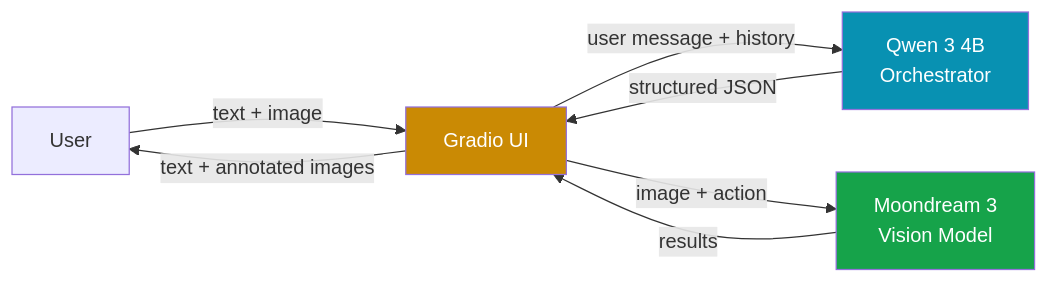
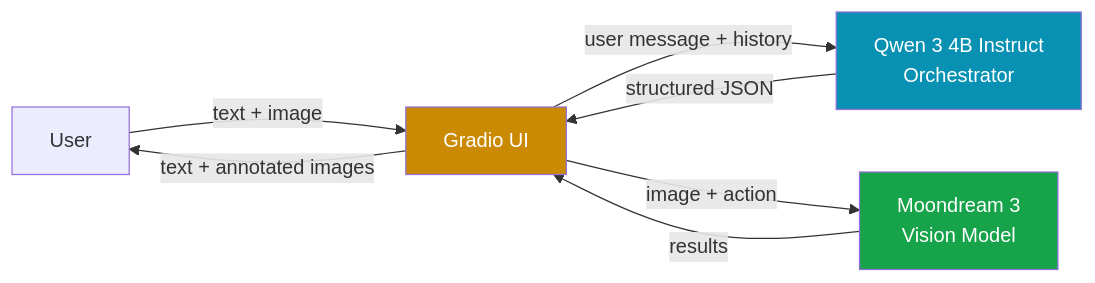
One commit to dattazigzag/better_moondream_demo changed the first of 4 diagrams in README.md. Above: the diagram before and after it, drawn with Mermaid. The commit also changed other lines of this file and 1 other file, not shown here.

First line of the commit message:
Fix Qwen 3 thinking mode issue, document model choice and regex fallback

````diff
--- a/README.md
+++ b/README.md
@@ -16,13 +19,13 @@
 ```mermaid
 graph LR
     U[User] -->|text + image| G[Gradio UI]
-    G -->|user message + history| O[Qwen 3 4B<br/>Orchestrator]
+    G -->|user message + history| O[Qwen 3 4B Instruct<br/>Orchestrator]
     O -->|structured JSON| G
     G -->|image + action| M[Moondream 3<br/>Vision Model]
     M -->|results| G
     G -->|text + annotated images| U
 
     style O fill:#0891b2,color:#fff
     style M fill:#16a34a,color:#fff
     style G fill:#ca8a04,color:#fff
 ```
````
